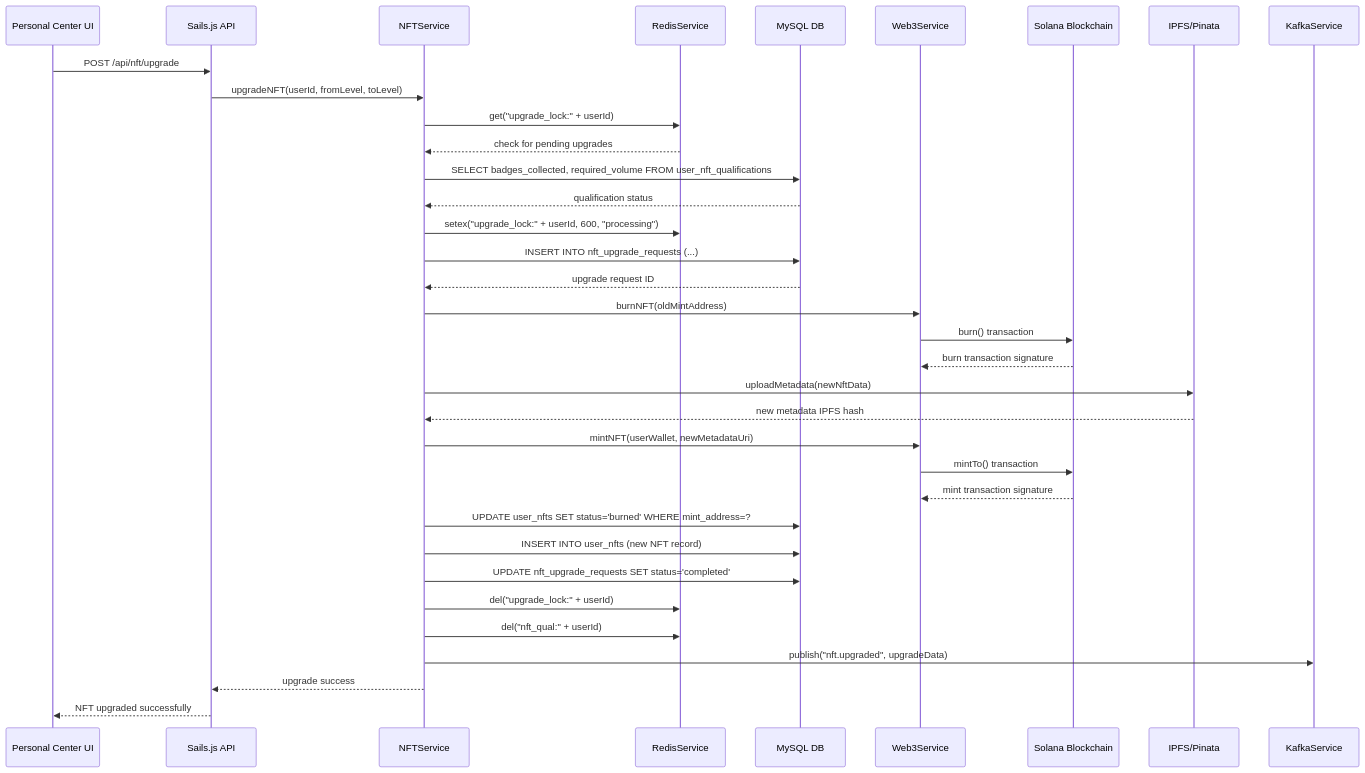
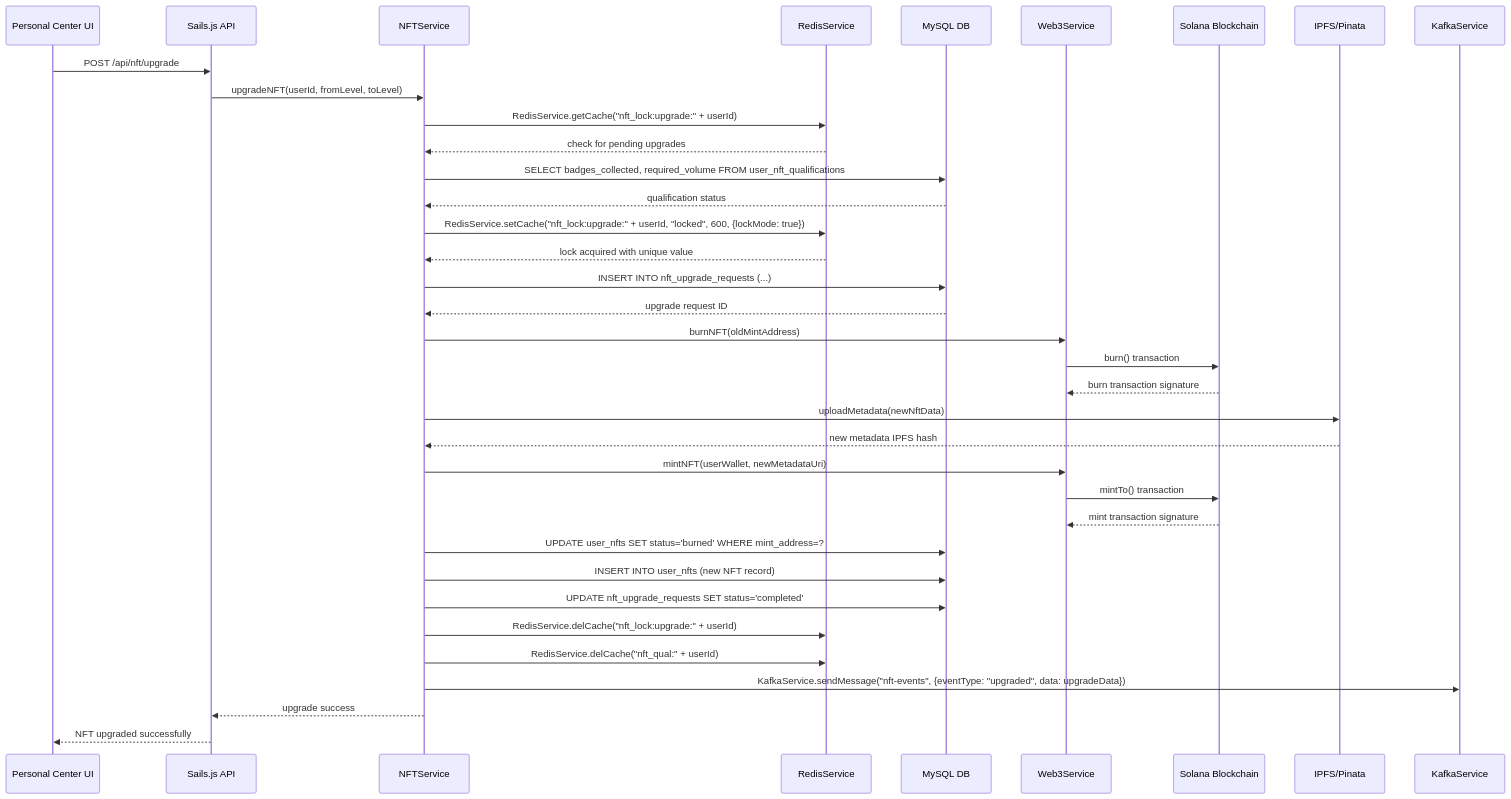
Before and after one commit to ljg-cqu/aiw3-nft-solana: the third of 5 diagrams in docs/AIW3-NFT-System-Design.md, drawn with Mermaid. The commit also changed other lines of this file and 2 other files, not shown here.

Commit message:
docs: add Redis caching and Kafka event patterns for NFT operations

````diff
--- a/docs/AIW3-NFT-System-Design.md
+++ b/docs/AIW3-NFT-System-Design.md
@@ -216,56 +216,57 @@
 ```mermaid
 sequenceDiagram
     participant UI as Personal Center UI
     participant API as Sails.js API
     participant NFT as NFTService
     participant REDIS as RedisService
     participant MYSQL as MySQL DB
     participant WEB3 as Web3Service
     participant SOLANA as Solana Blockchain
     participant IPFS as IPFS/Pinata
     participant KAFKA as KafkaService
     
     UI->>API: POST /api/nft/upgrade
     API->>NFT: upgradeNFT(userId, fromLevel, toLevel)
     
-    %% Verify upgrade eligibility
-    NFT->>REDIS: get("upgrade_lock:" + userId)
+    %% Verify upgrade eligibility using actual RedisService methods
+    NFT->>REDIS: RedisService.getCache("nft_lock:upgrade:" + userId)
     REDIS-->>NFT: check for pending upgrades
     
     NFT->>MYSQL: SELECT badges_collected, required_volume FROM user_nft_qualifications
     MYSQL-->>NFT: qualification status
     
-    %% Set upgrade lock
-    NFT->>REDIS: setex("upgrade_lock:" + userId, 600, "processing")
+    %% Set upgrade lock using RedisService with lock mode
+    NFT->>REDIS: RedisService.setCache("nft_lock:upgrade:" + userId, "locked", 600, {lockMode: true})
+    REDIS-->>NFT: lock acquired with unique value
     
     %% Create upgrade request record
     NFT->>MYSQL: INSERT INTO nft_upgrade_requests (...)
     MYSQL-->>NFT: upgrade request ID
     
     %% Burn old NFT
     NFT->>WEB3: burnNFT(oldMintAddress)
     WEB3->>SOLANA: burn() transaction
     SOLANA-->>WEB3: burn transaction signature
     
     %% Upload new metadata
     NFT->>IPFS: uploadMetadata(newNftData)
     IPFS-->>NFT: new metadata IPFS hash
     
     %% Mint new NFT
     NFT->>WEB3: mintNFT(userWallet, newMetadataUri)
     WEB3->>SOLANA: mintTo() transaction
     SOLANA-->>WEB3: mint transaction signature
     
     %% Update database records
     NFT->>MYSQL: UPDATE user_nfts SET status='burned' WHERE mint_address=?
     NFT->>MYSQL: INSERT INTO user_nfts (new NFT record)
     NFT->>MYSQL: UPDATE nft_upgrade_requests SET status='completed'
     
-    %% Clear cache and publish event
-    NFT->>REDIS: del("upgrade_lock:" + userId)
-    NFT->>REDIS: del("nft_qual:" + userId)
-    NFT->>KAFKA: publish("nft.upgraded", upgradeData)
+    %% Clear cache and publish event using actual service methods
+    NFT->>REDIS: RedisService.delCache("nft_lock:upgrade:" + userId)
+    NFT->>REDIS: RedisService.delCache("nft_qual:" + userId)
+    NFT->>KAFKA: KafkaService.sendMessage("nft-events", {eventType: "upgraded", data: upgradeData})
     
     NFT-->>API: upgrade success
     API-->>UI: NFT upgraded successfully
 ```
````
